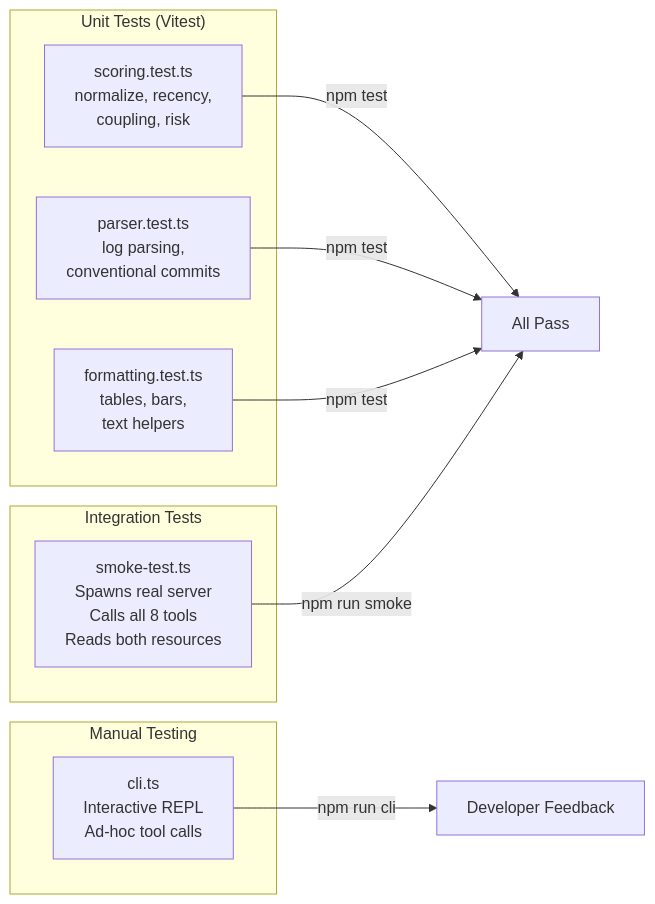
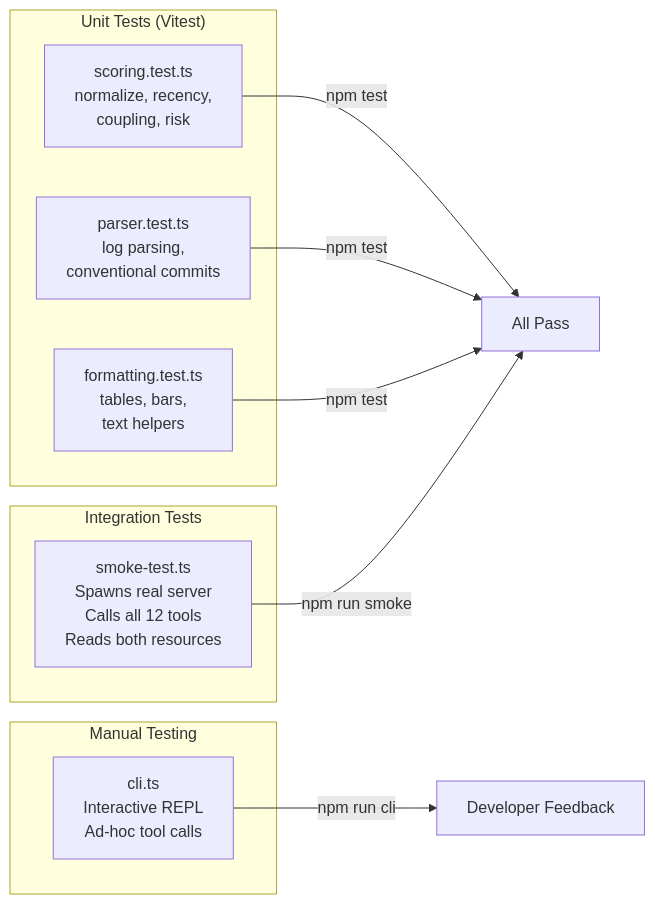
The tenth of 10 diagrams in ARCHITECTURE.md (hoangsonww/GitIntel-MCP-Server), drawn with Mermaid before and after one commit. The commit also changed other lines of this file and 12 other files, not shown here.

````diff
--- a/ARCHITECTURE.md
+++ b/ARCHITECTURE.md
@@ -524,20 +542,20 @@
 ```mermaid
 graph LR
     subgraph "Unit Tests (Vitest)"
         UT1["scoring.test.ts<br/>normalize, recency,<br/>coupling, risk"]
         UT2["parser.test.ts<br/>log parsing,<br/>conventional commits"]
         UT3["formatting.test.ts<br/>tables, bars,<br/>text helpers"]
     end
 
     subgraph "Integration Tests"
-        Smoke["smoke-test.ts<br/>Spawns real server<br/>Calls all 8 tools<br/>Reads both resources"]
+        Smoke["smoke-test.ts<br/>Spawns real server<br/>Calls all 12 tools<br/>Reads both resources"]
     end
 
     subgraph "Manual Testing"
         CLI["cli.ts<br/>Interactive REPL<br/>Ad-hoc tool calls"]
     end
 
     UT1 & UT2 & UT3 -->|"npm test"| Pass["All Pass"]
     Smoke -->|"npm run smoke"| Pass
     CLI -->|"npm run cli"| Dev["Developer Feedback"]
 ```
````
